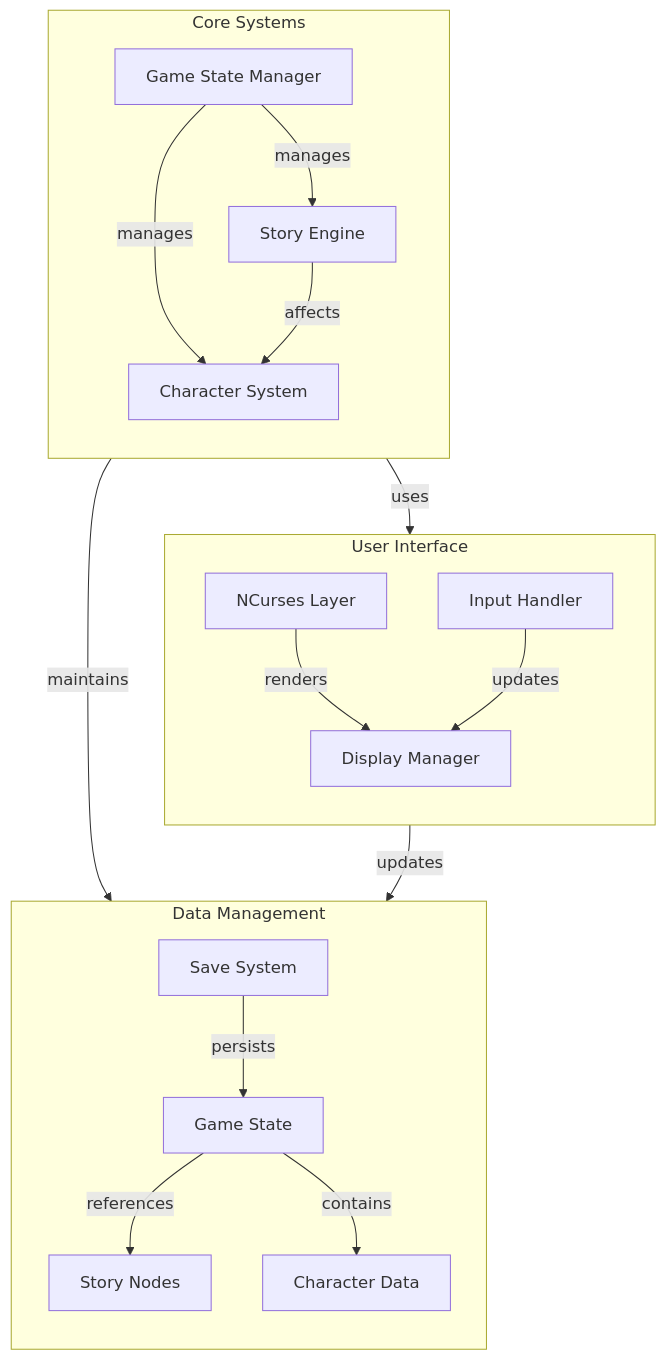
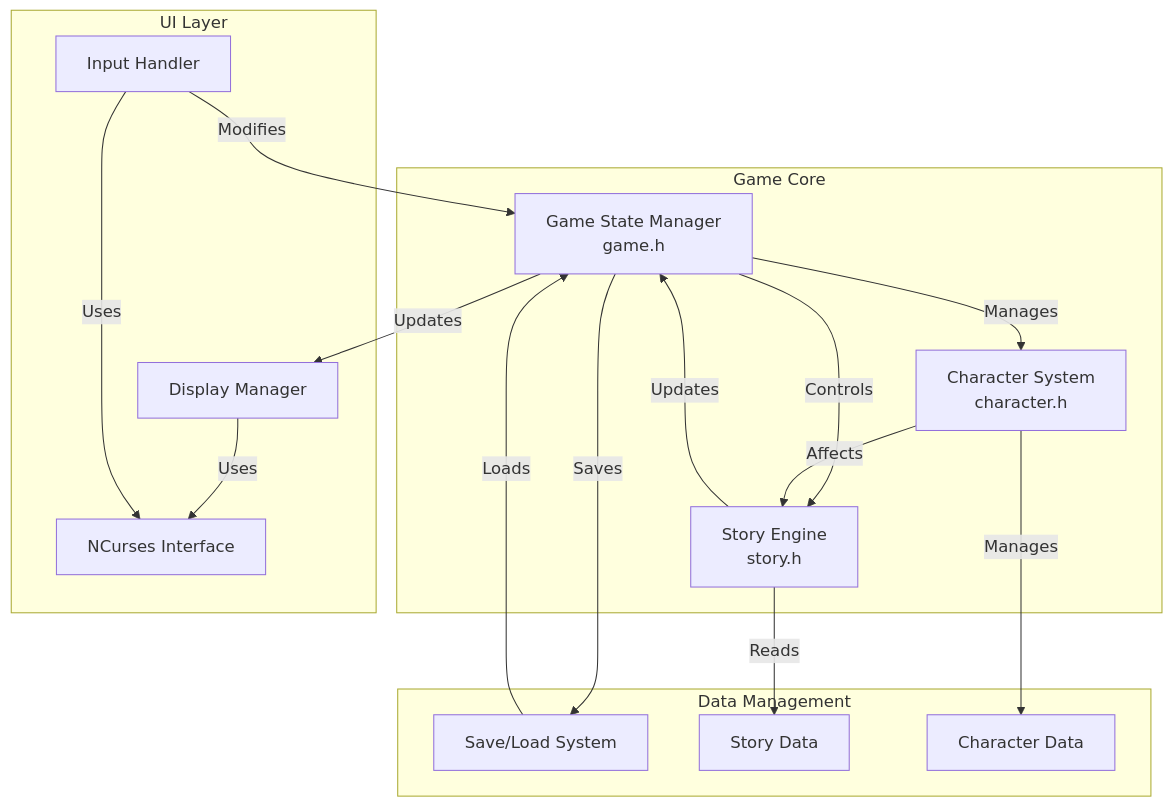
The second of 3 diagrams in README.md (ProfetGit/rpg_game), drawn with Mermaid before and after one commit. The commit also changed other lines of this file and 137 other files, not shown here.

First line of the commit message:
Refactor README and enhance character/story management

````diff
--- a/README.md
+++ b/README.md
@@ -78,39 +52,35 @@
 ```mermaid
 graph TB
-    subgraph Core ["Core Systems"]
-        direction TB
-        Game[Game State Manager]
-        Story[Story Engine]
-        Character[Character System]
-        
-        Game -->|manages| Story
-        Game -->|manages| Character
-        Story -->|affects| Character
+    subgraph Game Core
+        GameState[Game State Manager<br>game.h]
+        CharSystem[Character System<br>character.h]
+        StoryEngine[Story Engine<br>story.h]
     end
 
-    subgraph UI ["User Interface"]
-        direction TB
-        NCurses[NCurses Layer]
+    subgraph UI Layer
         Display[Display Manager]
         Input[Input Handler]
-        
-        NCurses -->|renders| Display
-        Input -->|updates| Display
+        NCurses[NCurses Interface]
     end
 
-    subgraph Data ["Data Management"]
-        direction TB
-        GameState[Game State]
-        StoryNodes[Story Nodes]
+    subgraph Data Management
+        SaveLoad[Save/Load System]
+        StoryData[Story Data]
         CharData[Character Data]
-        SaveSystem[Save System]
-        
-        GameState -->|references| StoryNodes
-        GameState -->|contains| CharData
-        SaveSystem -->|persists| GameState
     end
 
-    Core -->|uses| UI
-    Core -->|maintains| Data
-    UI -->|updates| Data
+    GameState --> |Manages|CharSystem
+    GameState --> |Controls|StoryEngine
+    StoryEngine --> |Updates|GameState
+    CharSystem --> |Affects|StoryEngine
+
+    GameState --> |Updates|Display
+    Input --> |Modifies|GameState
+    Display --> |Uses|NCurses
+    Input --> |Uses|NCurses
+
+    GameState --> |Saves|SaveLoad
+    SaveLoad --> |Loads|GameState
+    StoryEngine --> |Reads|StoryData
+    CharSystem --> |Manages|CharData
 ```
````
